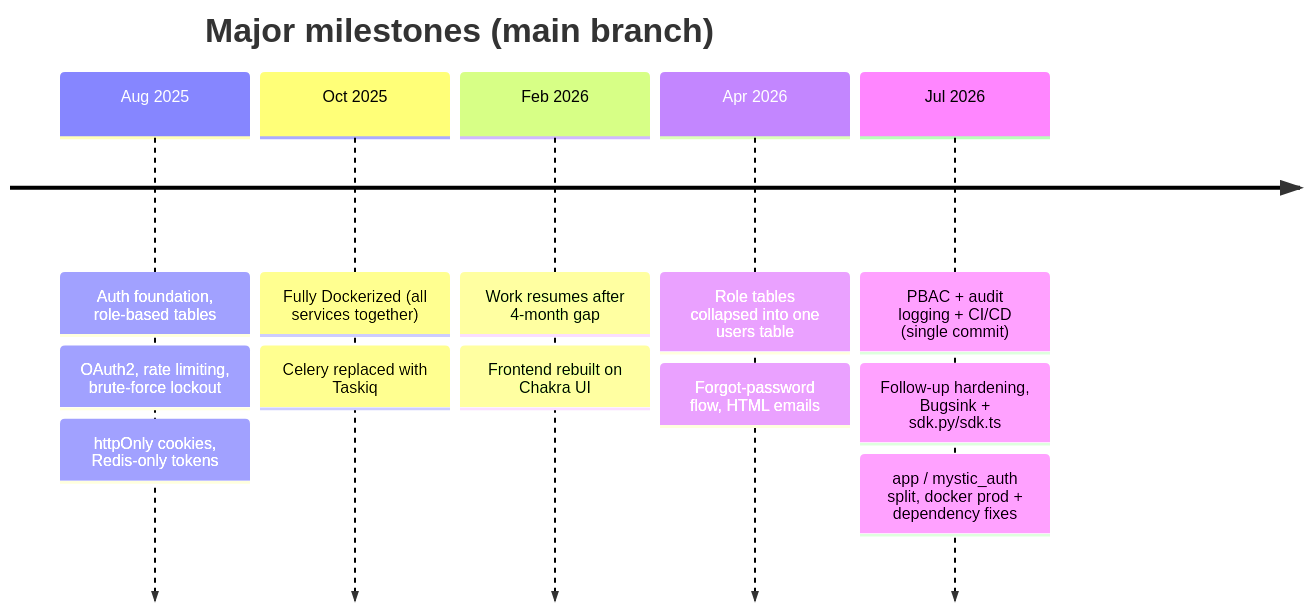
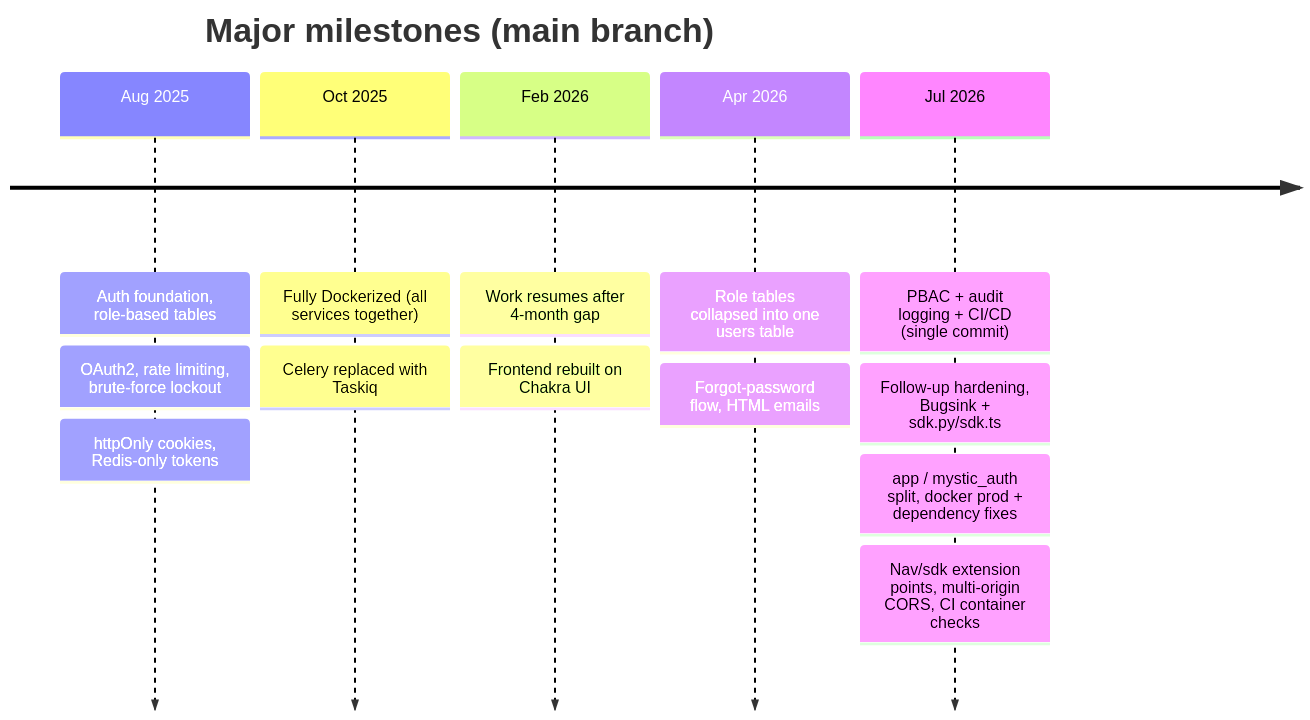
The diagram in docs/mystic_auth/project-story/README.md (Nachiket-2024/mystic-auth), drawn with Mermaid before and after one commit. The commit also changed other lines of this file and 49 other files, not shown here.

Commit message:
Added sidebar/SDK extension, multi-origin CORS, Docker CI, and docs fixes

````diff
--- a/docs/mystic_auth/project-story/README.md
+++ b/docs/mystic_auth/project-story/README.md
@@ -37,16 +37,17 @@
 ```mermaid
 timeline
     title Major milestones (main branch)
     Aug 2025 : Auth foundation, role-based tables
              : OAuth2, rate limiting, brute-force lockout
              : httpOnly cookies, Redis-only tokens
     Oct 2025 : Fully Dockerized (all services together)
              : Celery replaced with Taskiq
     Feb 2026 : Work resumes after 4-month gap
              : Frontend rebuilt on Chakra UI
     Apr 2026 : Role tables collapsed into one users table
              : Forgot-password flow, HTML emails
     Jul 2026 : PBAC + audit logging + CI/CD (single commit)
              : Follow-up hardening, Bugsink + sdk.py/sdk.ts
              : app / mystic_auth split, docker prod + dependency fixes
+             : Nav/sdk extension points, multi-origin CORS, CI container checks
 ```
````
